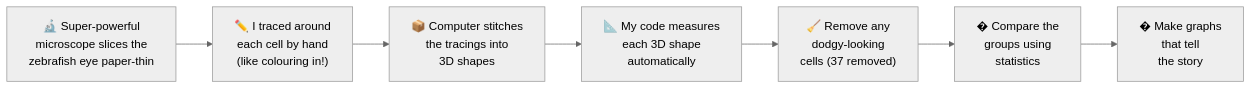
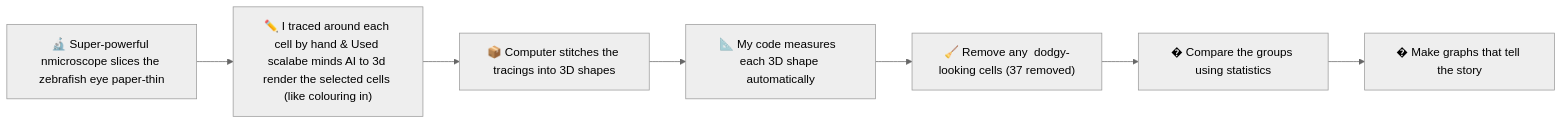
One commit to Vanz23-23/zebrafish-bc-morphometrics changed the diagram in PROJECT_OVERVIEW.md. Above: the diagram before and after it, drawn with Mermaid (neutral theme).

````diff
--- a/PROJECT_OVERVIEW.md
+++ b/PROJECT_OVERVIEW.md
@@ -63,9 +63,9 @@
 ```mermaid
 flowchart LR
-    A["🔬 Super-powerful\nmicroscope slices the\nzebrafish eye paper-thin"] --> B["✏️ I traced around\neach cell by hand\n(like colouring in!)"]
-    B --> C["📦 Computer stitches\nthe tracings into\n3D shapes"]
-    C --> D["📐 My code measures\neach 3D shape\nautomatically"]
-    D --> E["🧹 Remove any\ndodgy-looking\ncells (37 removed)"]
-    E --> F["� Compare the\ngroups using\nstatistics"]
-    F --> G["� Make graphs\nthat tell\nthe story"]
+    A["🔬 Super-powerful nmicroscope slices the zebrafish eye paper-thin"] --> B["✏️ I traced around each cell by hand & Used scalabe minds AI to 3d render the selected cells (like colouring in)"]
+    B --> C["📦 Computer stitches the tracings into 3D shapes"]
+    C --> D["📐 My code measures  each 3D shape automatically"]
+    D --> E["🧹 Remove any  dodgy-looking cells (37 removed)"]
+    E --> F["� Compare the groups using statistics"]
+    F --> G["� Make graphs that tell the story"]
 ```
````
